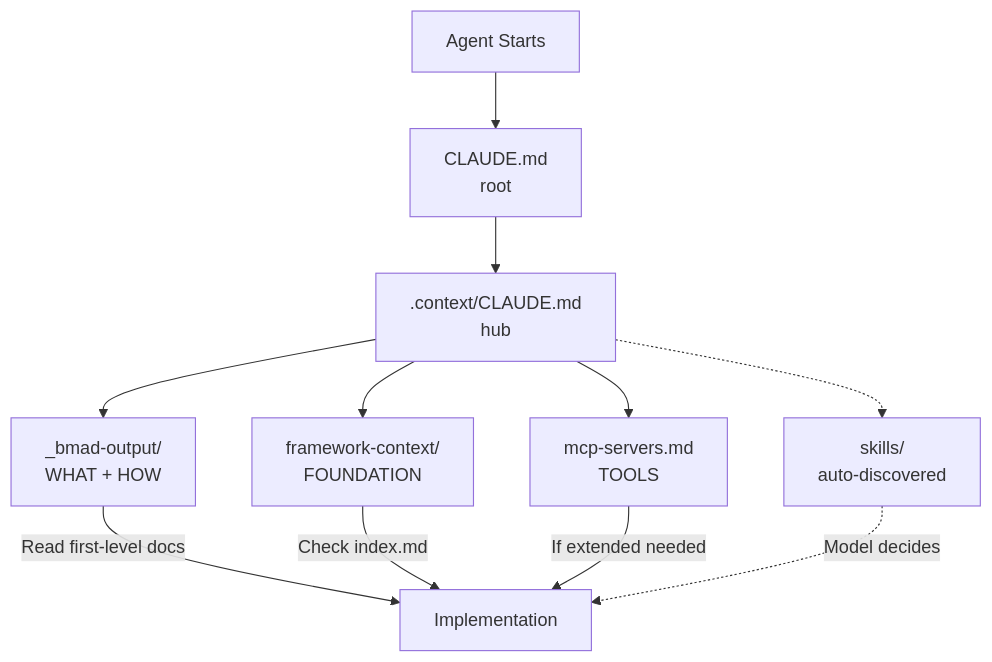
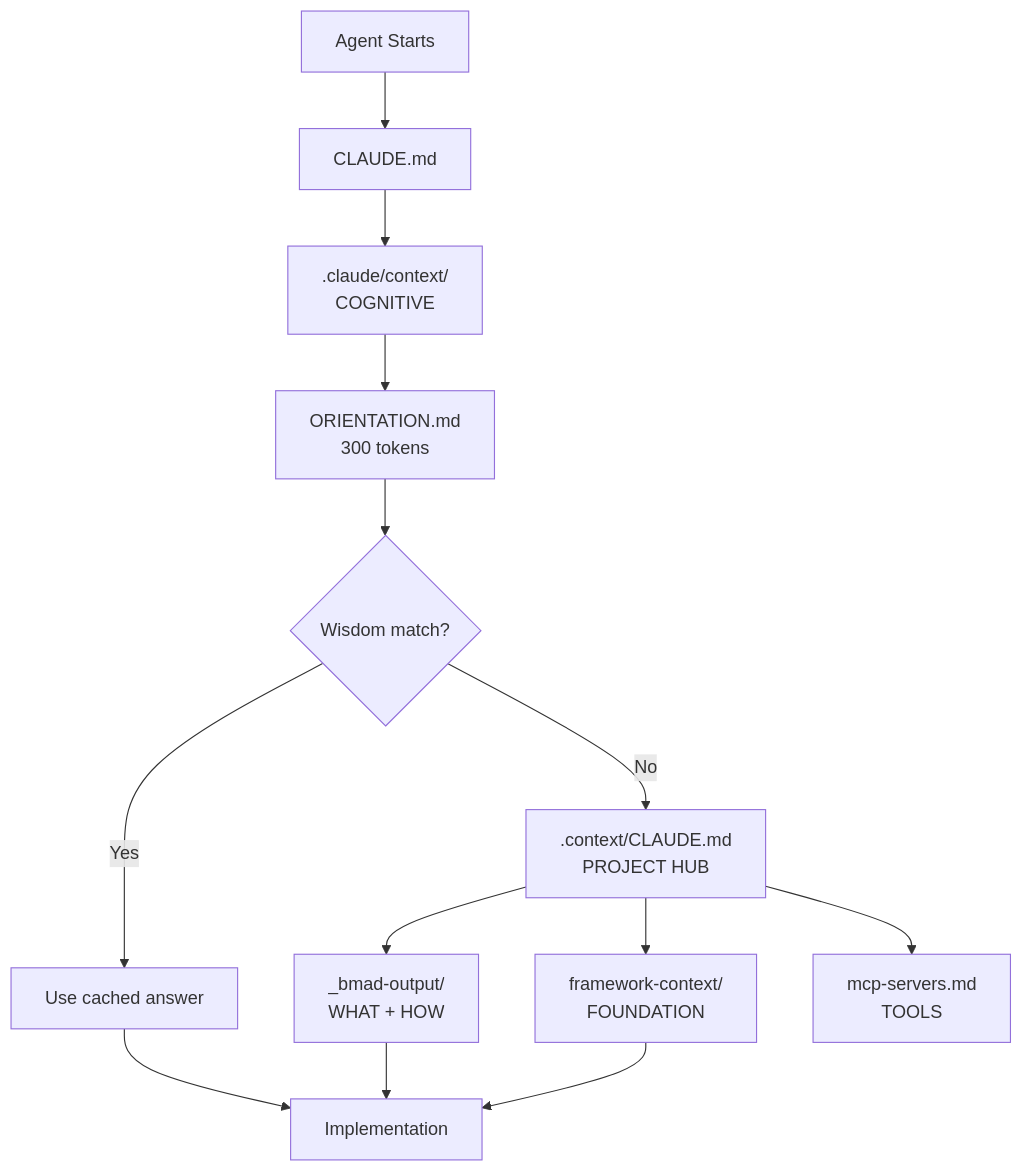
One commit to alezmad/liquidrender changed the diagram in .context/CLAUDE.md. Above: the diagram before and after it, drawn with Mermaid. The commit also changed other lines of this file, not shown here.

First line of the commit message:
docs: integrate cognitive framework into context hub

````diff
--- a/.context/CLAUDE.md
+++ b/.context/CLAUDE.md
@@ -7,15 +16,19 @@
 ```mermaid
 flowchart TD
-    START[Agent Starts] --> ROOT[CLAUDE.md<br/>root]
-    ROOT --> HUB[.context/CLAUDE.md<br/>hub]
+    START[Agent Starts] --> ROOT[CLAUDE.md]
+    ROOT --> COG[.claude/context/<br/>COGNITIVE]
 
-    HUB --> BMAD[_bmad-output/<br/>WHAT + HOW]
+    COG --> ORIENT[ORIENTATION.md<br/>300 tokens]
+    ORIENT --> WISDOM{Wisdom match?}
+    WISDOM --> |Yes| USE[Use cached answer]
+    WISDOM --> |No| HUB
+
+    USE --> IMPL[Implementation]
+
+    HUB[.context/CLAUDE.md<br/>PROJECT HUB] --> BMAD[_bmad-output/<br/>WHAT + HOW]
     HUB --> FW[framework-context/<br/>FOUNDATION]
     HUB --> MCP[mcp-servers.md<br/>TOOLS]
-    HUB -.-> SKILLS[skills/<br/>auto-discovered]
 
-    BMAD --> |"Read first-level docs"| IMPL[Implementation]
-    FW --> |"Check index.md"| IMPL
-    MCP --> |"If extended needed"| IMPL
-    SKILLS -.-> |"Model decides"| IMPL
+    BMAD --> IMPL
+    FW --> IMPL
 ```
````
